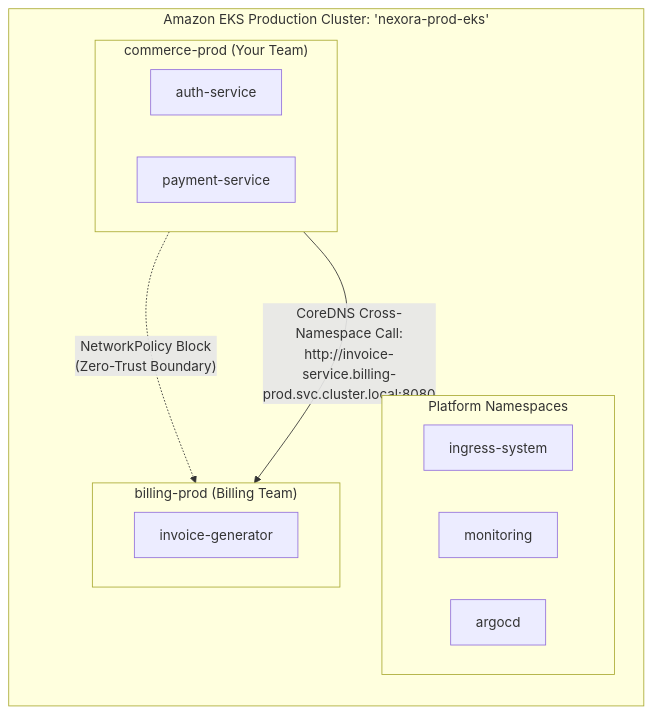
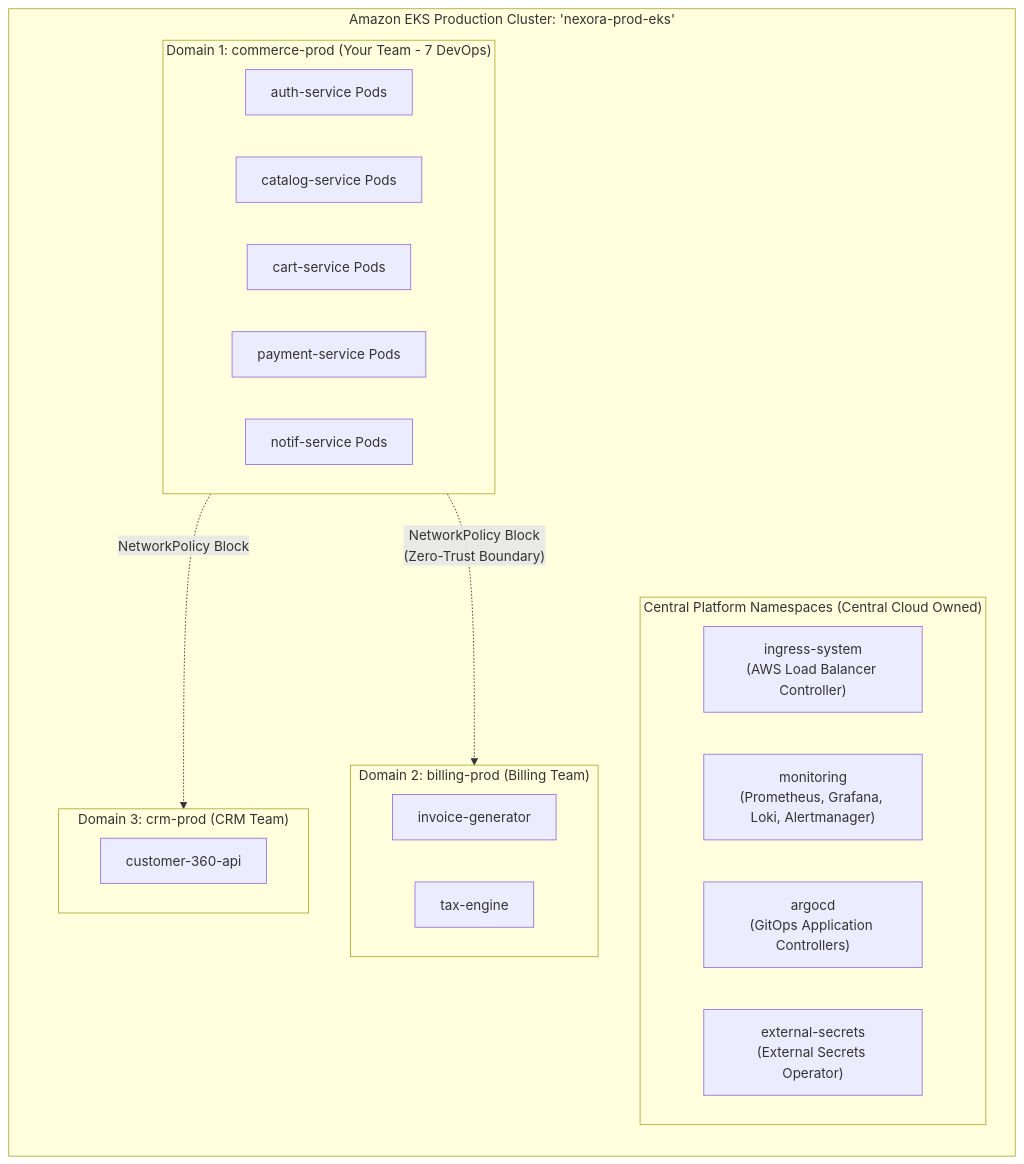
Before and after one commit to pvsafwa/devops-course-playbook: the eighth of 14 diagrams in DevOps_CI_CD_Master_Engineering_Blueprint.md, drawn with Mermaid. The commit also changed other lines of this file, not shown here.

````diff
--- a/DevOps_CI_CD_Master_Engineering_Blueprint.md
+++ b/DevOps_CI_CD_Master_Engineering_Blueprint.md
@@ -200,20 +359,28 @@
 ```mermaid
 flowchart TD
     subgraph Cluster["Amazon EKS Production Cluster: 'nexora-prod-eks'"]
         direction TB
-        subgraph SysNS["Platform Namespaces"]
-            NS_Ingress["ingress-system"]
-            NS_Mon["monitoring"]
-            NS_Argo["argocd"]
+        subgraph SysNS["Central Platform Namespaces (Central Cloud Owned)"]
+            NS_Ingress["ingress-system<br/>(AWS Load Balancer Controller)"]
+            NS_Mon["monitoring<br/>(Prometheus, Grafana, Loki, Alertmanager)"]
+            NS_Argo["argocd<br/>(GitOps Application Controllers)"]
+            NS_ESO["external-secrets<br/>(External Secrets Operator)"]
         end
-        subgraph CommerceNS["commerce-prod (Your Team)"]
-            Pod_Auth["auth-service"]
-            Pod_Pay["payment-service"]
+        subgraph CommerceNS["Domain 1: commerce-prod (Your Team - 7 DevOps)"]
+            Pod_Auth["auth-service Pods"]
+            Pod_Cat["catalog-service Pods"]
+            Pod_Cart["cart-service Pods"]
+            Pod_Pay["payment-service Pods"]
+            Pod_Notif["notif-service Pods"]
         end
-        subgraph BillingNS["billing-prod (Billing Team)"]
+        subgraph BillingNS["Domain 2: billing-prod (Billing Team)"]
             Pod_Inv["invoice-generator"]
+            Pod_Tax["tax-engine"]
+        end
+        subgraph CRMNS["Domain 3: crm-prod (CRM Team)"]
+            Pod_CRM["customer-360-api"]
         end
     end
     CommerceNS -.->|"NetworkPolicy Block<br/>(Zero-Trust Boundary)"| BillingNS
-    CommerceNS -->|"CoreDNS Cross-Namespace Call:<br/>http://invoice-service.billing-prod.svc.cluster.local:8080"| BillingNS
+    CommerceNS -.->|"NetworkPolicy Block"| CRMNS
 ```
````
